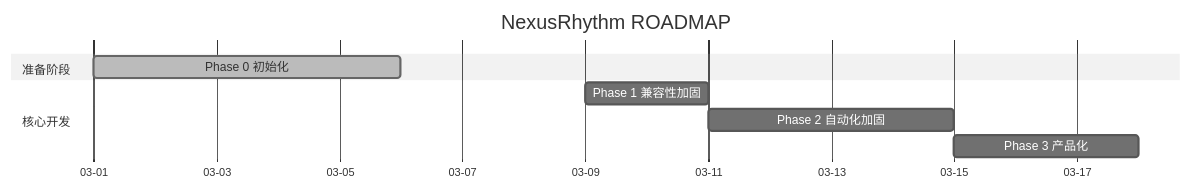
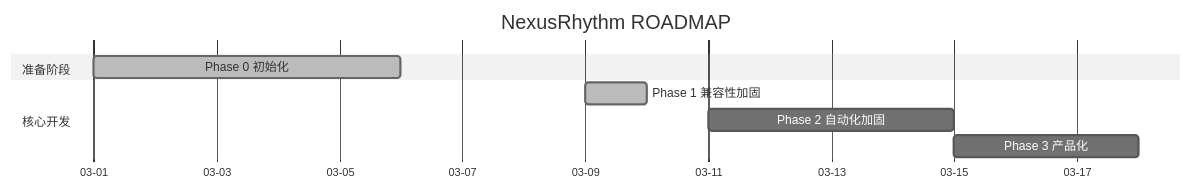
One commit to NeoxNexus/NexusRhythm changed the diagram in ROADMAP.md. Above: the diagram before and after it, drawn with Mermaid (neutral theme). The commit also changed other lines of this file and 7 other files, not shown here.

````diff
--- a/ROADMAP.md
+++ b/ROADMAP.md
@@ -63,14 +63,14 @@
 ```mermaid
 gantt
     title NexusRhythm ROADMAP
     dateFormat  YYYY-MM-DD
     axisFormat  %m-%d
 
     section 准备阶段
     Phase 0 初始化        :done, 2026-03-01, 5d
 
     section 核心开发
-    Phase 1 兼容性加固      :        2026-03-09, 2d
+    Phase 1 兼容性加固      :done, 2026-03-09, 1d
     Phase 2 自动化加固      :        2026-03-11, 4d
     Phase 3 产品化          :        2026-03-15, 3d
 ```
````
